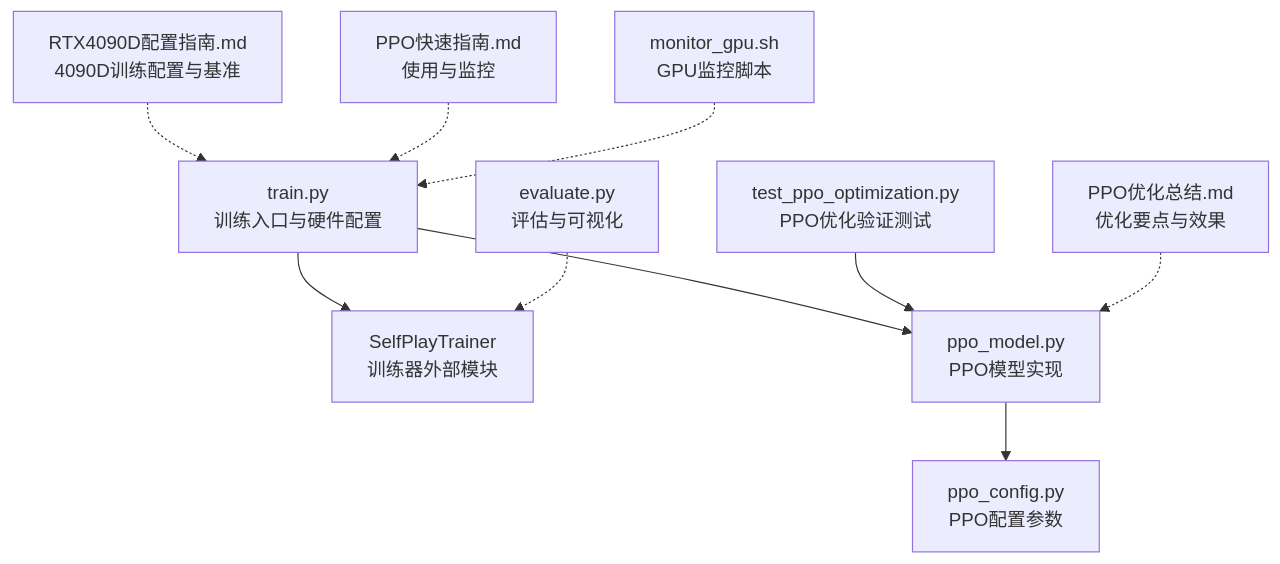
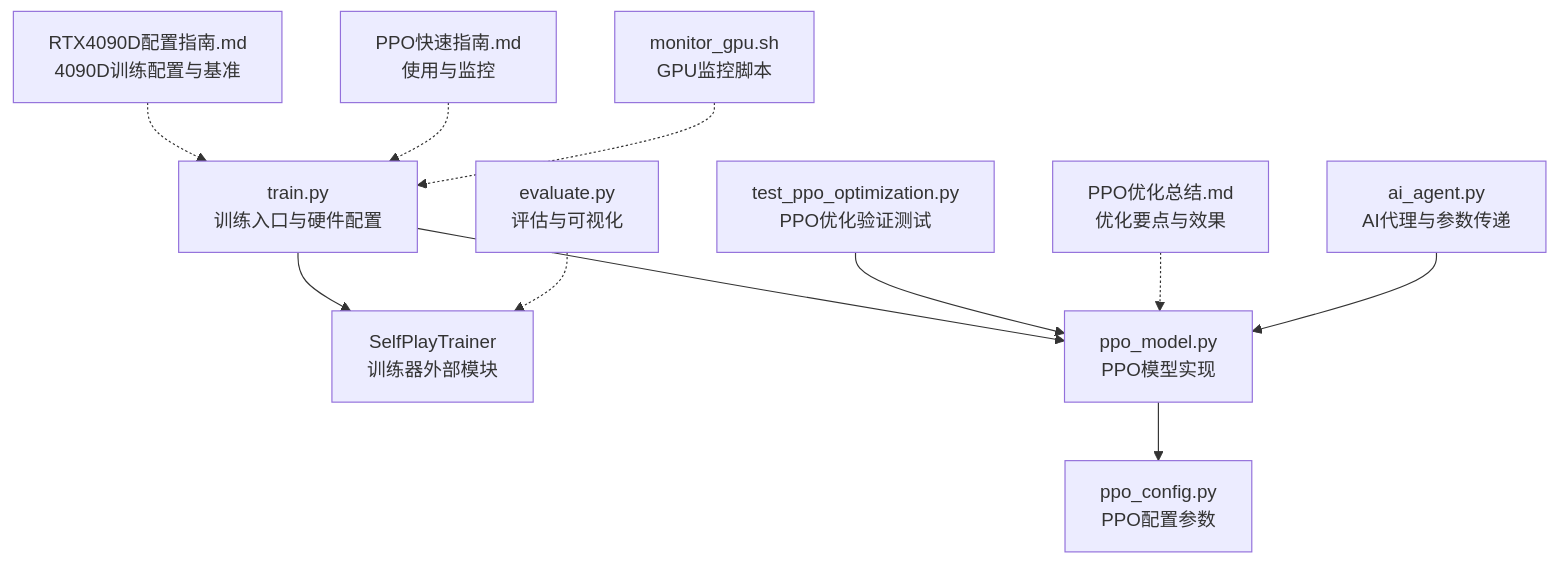
The first of 7 diagrams in .qoder/repowiki/zh/content/AI代理系统/PPO算法实现/优化特性与性能.md (xiaoguo1987/testonew06), drawn with Mermaid before and after one commit. The commit also changed other lines of this file and 12 other files, not shown here.

````diff
--- a/.qoder/repowiki/zh/content/AI代理系统/PPO算法实现/优化特性与性能.md
+++ b/.qoder/repowiki/zh/content/AI代理系统/PPO算法实现/优化特性与性能.md
@@ -34,12 +44,13 @@
 ```mermaid
 graph TB
 A["train.py<br/>训练入口与硬件配置"] --> B["SelfPlayTrainer<br/>训练器外部模块"]
 A --> C["ppo_model.py<br/>PPO模型实现"]
 C --> D["ppo_config.py<br/>PPO配置参数"]
 E["test_ppo_optimization.py<br/>PPO优化验证测试"] --> C
 F["RTX4090D配置指南.md<br/>4090D训练配置与基准"] -.-> A
 G["PPO优化总结.md<br/>优化要点与效果"] -.-> C
 H["PPO快速指南.md<br/>使用与监控"] -.-> A
 I["monitor_gpu.sh<br/>GPU监控脚本"] -.-> A
 J["evaluate.py<br/>评估与可视化"] -.-> B
+K["ai_agent.py<br/>AI代理与参数传递"] --> C
 ```
````
